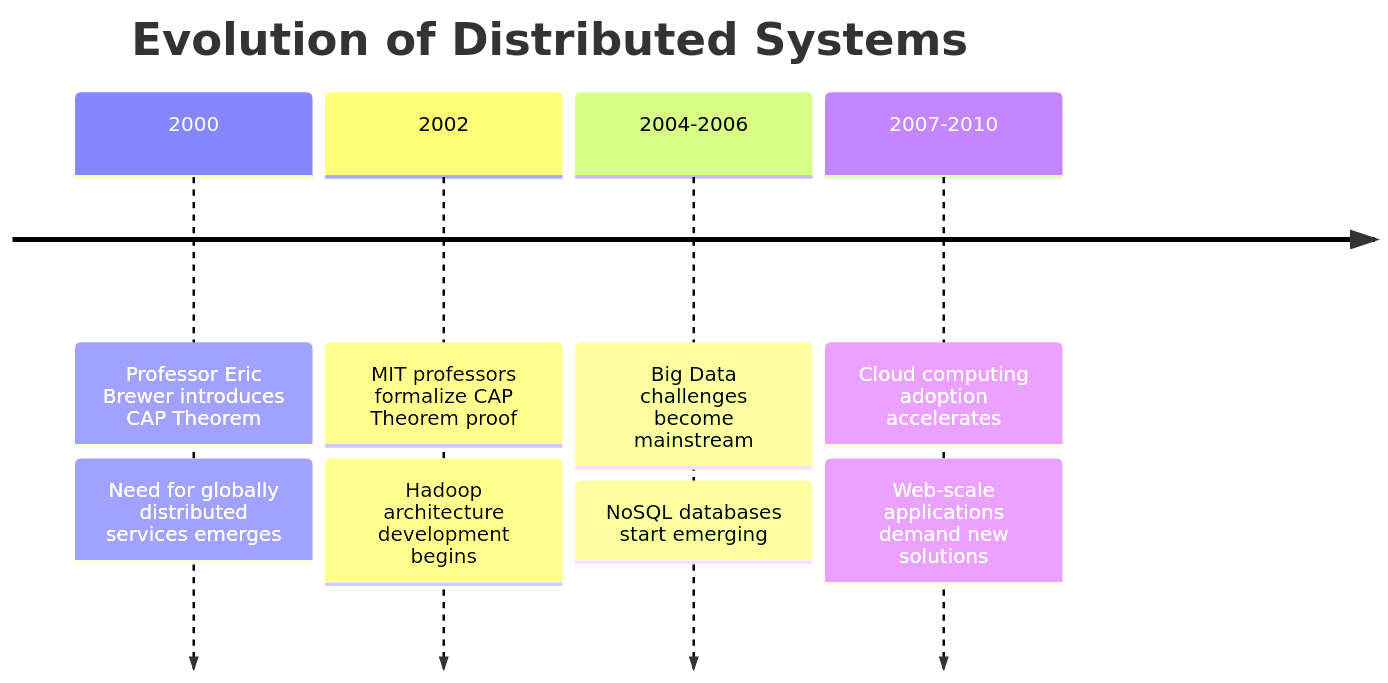
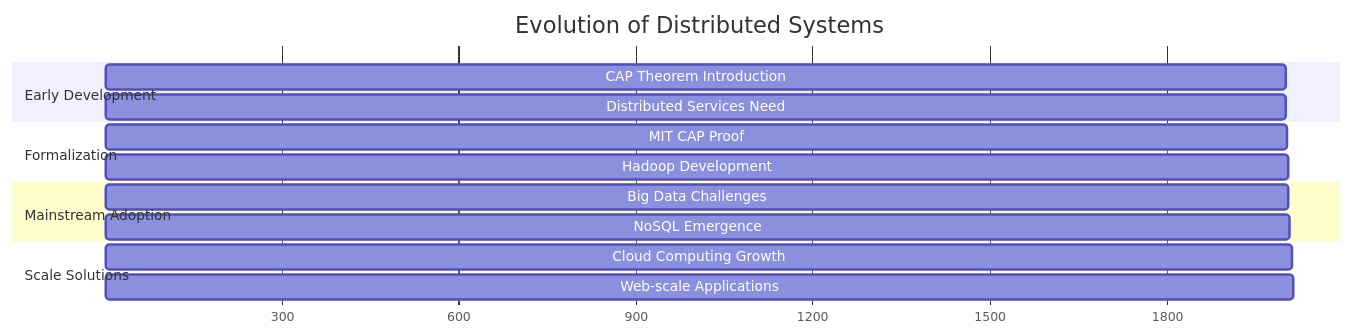
Before and after one commit to asbor/dendron-learning-vault: the first of 14 diagrams in data-engineering.nosql.architecture.cap-theorem.md, drawn with Mermaid. The commit also changed 1 other file, not shown here.

Commit message:
Fix: Replace mindmap and timeline Mermaid diagrams for compatibility
- Replaced mindmap with standard graph in nosql.overview.md
- Replaced timeline with gantt in cap-theorem.md
- Improves rendering compatibility across different Mermaid versions

````diff
--- a/data-engineering.nosql.architecture.cap-theorem.md
+++ b/data-engineering.nosql.architecture.cap-theorem.md
@@ -27,16 +27,22 @@
 ```mermaid
-timeline
+gantt
     title Evolution of Distributed Systems
-    
-    2000 : Professor Eric Brewer introduces CAP Theorem
-         : Need for globally distributed services emerges
-    
-    2002 : MIT professors formalize CAP Theorem proof
-         : Hadoop architecture development begins
-    
-    2004-2006 : Big Data challenges become mainstream
-              : NoSQL databases start emerging
-    
-    2007-2010 : Cloud computing adoption accelerates
-              : Web-scale applications demand new solutions
+    dateFormat X
+    axisFormat %s
+
+    section Early Development
+    CAP Theorem Introduction     :2000, 2002
+    Distributed Services Need    :2000, 2003
+
+    section Formalization
+    MIT CAP Proof               :2002, 2004
+    Hadoop Development          :2002, 2006
+
+    section Mainstream Adoption
+    Big Data Challenges         :2004, 2007
+    NoSQL Emergence            :2005, 2008
+
+    section Scale Solutions
+    Cloud Computing Growth      :2007, 2012
+    Web-scale Applications      :2008, 2015
 ```
````
